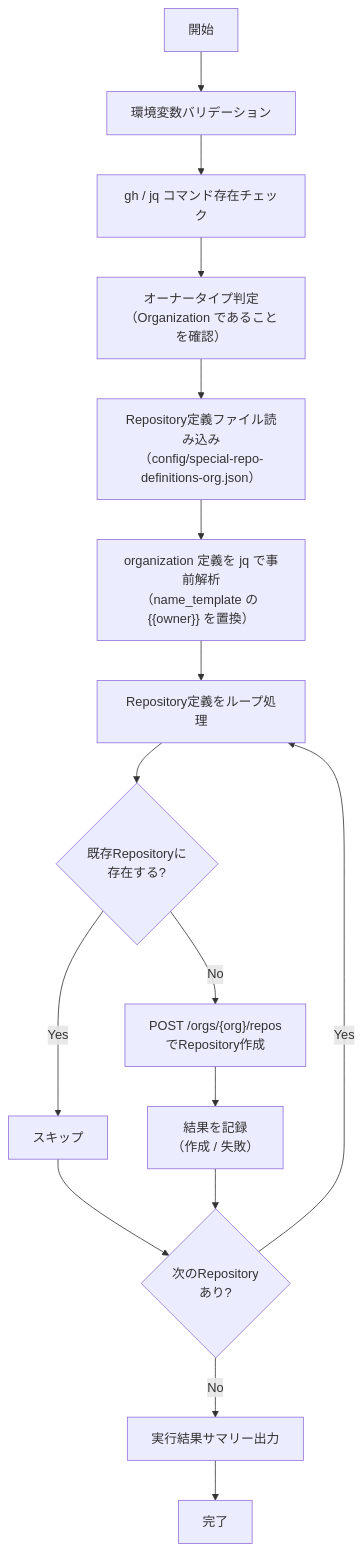
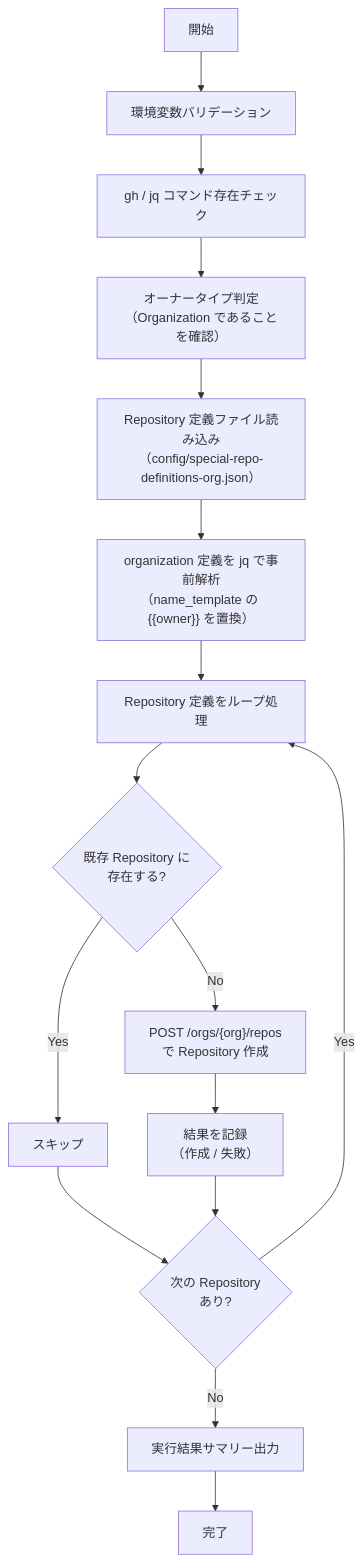
The diagram in docs/scripts/create-special-repos-org.md (mabubu0203/github-projects-starter-kit), drawn with Mermaid before and after one commit. The commit also changed other lines of this file and 11 other files, not shown here.

````diff
--- a/docs/scripts/create-special-repos-org.md
+++ b/docs/scripts/create-special-repos-org.md
@@ -68,20 +68,20 @@
 ```mermaid
 flowchart TD
     A["開始"] --> B["環境変数バリデーション"]
     B --> C["gh / jq コマンド存在チェック"]
     C --> D["オーナータイプ判定\n（Organization であることを確認）"]
-    D --> E["Repository定義ファイル読み込み\n（config/special-repo-definitions-org.json）"]
+    D --> E["Repository 定義ファイル読み込み\n（config/special-repo-definitions-org.json）"]
     E --> F["organization 定義を jq で事前解析\n（name_template の {{owner}} を置換）"]
-    F --> G["Repository定義をループ処理"]
+    F --> G["Repository 定義をループ処理"]
 
-    G --> H{"既存Repositoryに\n存在する?"}
+    G --> H{"既存 Repository に\n存在する?"}
     H -- "Yes" --> I["スキップ"]
-    H -- "No" --> J["POST /orgs/{org}/repos\nでRepository作成"]
+    H -- "No" --> J["POST /orgs/{org}/repos\nで Repository 作成"]
 
     J --> K["結果を記録\n（作成 / 失敗）"]
 
-    I & K --> L{"次のRepository\nあり?"}
+    I & K --> L{"次の Repository \nあり?"}
     L -- "Yes" --> G
     L -- "No" --> M["実行結果サマリー出力"]
     M --> N["完了"]
 ```
````
